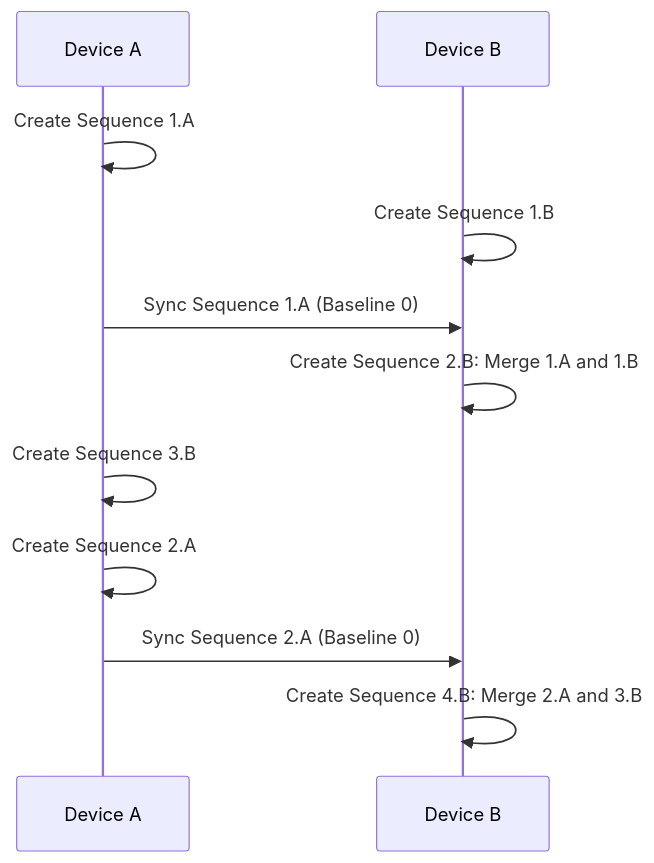
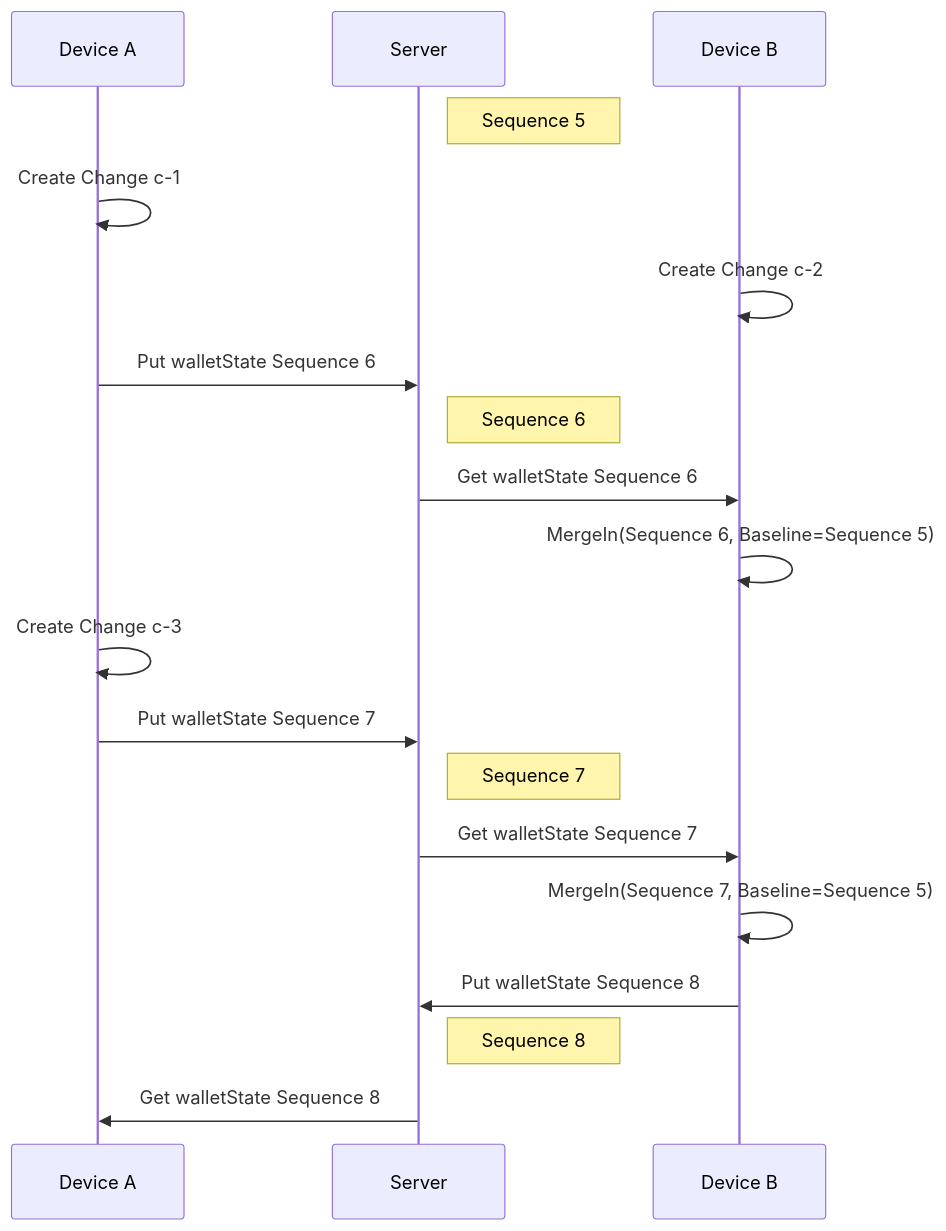
The seventh of 16 diagrams in spec/sync.md (orblivion/lbry-wallet-sync-draft), drawn with Mermaid before and after one commit. The commit also changed other lines of this file and 17 other files, not shown here.

````diff
--- a/spec/sync.md
+++ b/spec/sync.md
@@ -105,11 +197,28 @@
 ```mermaid
   sequenceDiagram
-    Device A->>Device A: Create Sequence 1.A
-    Device B->>Device B: Create Sequence 1.B
-    Device A->>Device B: Sync Sequence 1.A (Baseline 0)
-    Device B->>Device B: Create Sequence 2.B: Merge 1.A and 1.B
-    Device A->>Device A: Create Sequence 3.B
-    Device A->>Device A: Create Sequence 2.A
-    Device A->>Device B: Sync Sequence 2.A (Baseline 0)
-    Device B->>Device B: Create Sequence 4.B: Merge 2.A and 3.B
+    participant Device A
+    participant Server
+    participant Device B
+
+    Note right of Server: Sequence 5
+
+    Device A->>Device A: Create Change c-1
+    Device B->>Device B: Create Change c-2
+    Device A->>Server: Put walletState Sequence 6
+    Note right of Server: Sequence 6
+
+    Server->>Device B: Get walletState Sequence 6
+    Device B->>Device B: MergeIn(Sequence 6, Baseline=Sequence 5)
+
+    Device A->>Device A: Create Change c-3
+
+    Device A->>Server: Put walletState Sequence 7
+    Note right of Server: Sequence 7
+
+    Server->>Device B: Get walletState Sequence 7
+    Device B->>Device B: MergeIn(Sequence 7, Baseline=Sequence 5)
+
+    Device B->>Server: Put walletState Sequence 8
+    Note right of Server: Sequence 8
+    Server->>Device A: Get walletState Sequence 8
 ```
````
